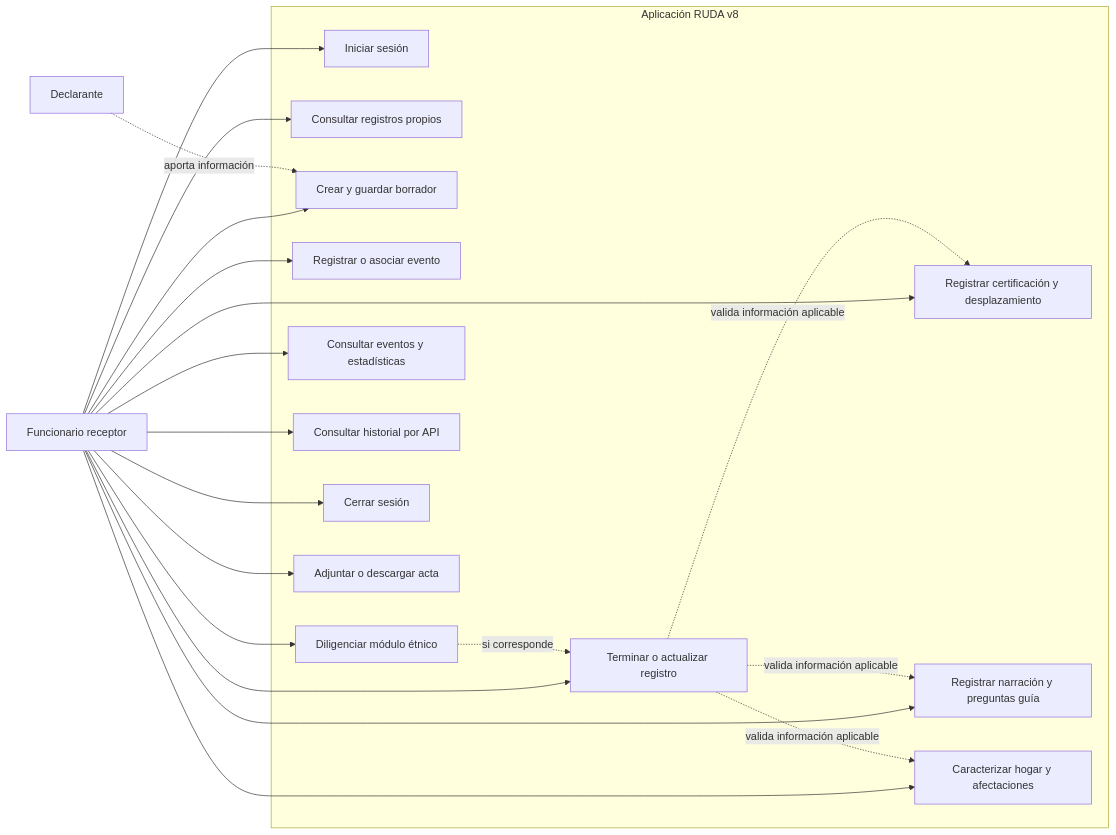
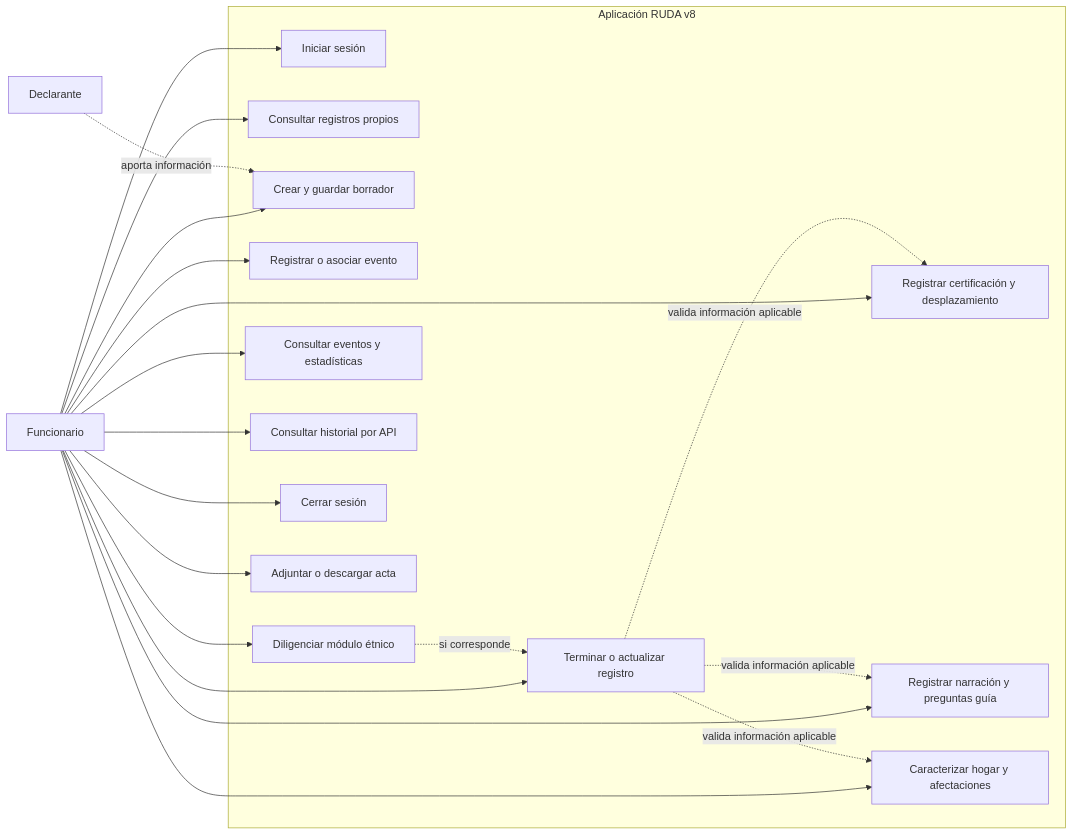
The diagram in docs/use-cases.md (adechlien/ungrd-ruda), drawn with Mermaid before and after one commit. The commit also changed other lines of this file and 5 other files, not shown here.

Commit message:
change use cases and er model

````diff
--- a/docs/use-cases.md
+++ b/docs/use-cases.md
@@ -11,24 +14,24 @@
 ```mermaid
 flowchart LR
-    F[Funcionario receptor]
+    F[Funcionario]
     D[Declarante]
     subgraph RUDA[Aplicación RUDA v8]
         UC01[Iniciar sesión]
         UC02[Consultar registros propios]
         UC03[Crear y guardar borrador]
         UC04[Registrar o asociar evento]
         UC05[Registrar certificación y desplazamiento]
         UC06[Registrar narración y preguntas guía]
         UC07[Caracterizar hogar y afectaciones]
         UC08[Diligenciar módulo étnico]
         UC09[Terminar o actualizar registro]
         UC10[Consultar eventos y estadísticas]
         UC11[Consultar historial por API]
         UC12[Cerrar sesión]
         UC13[Adjuntar o descargar acta]
     end
     F --> UC01 & UC02 & UC03 & UC04 & UC05 & UC06 & UC07 & UC08 & UC09 & UC10 & UC11 & UC12 & UC13
     D -. aporta información .-> UC03
     UC09 -. valida información aplicable .-> UC05 & UC06 & UC07
     UC08 -. si corresponde .-> UC09
 ```
````
